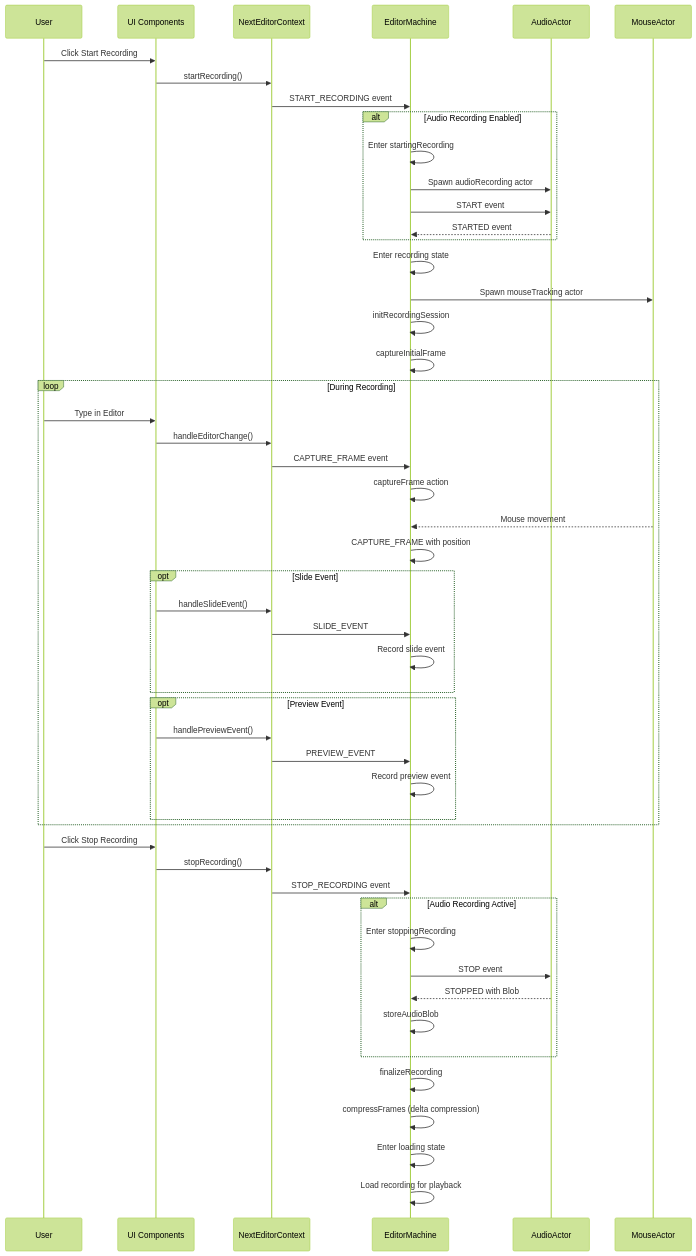
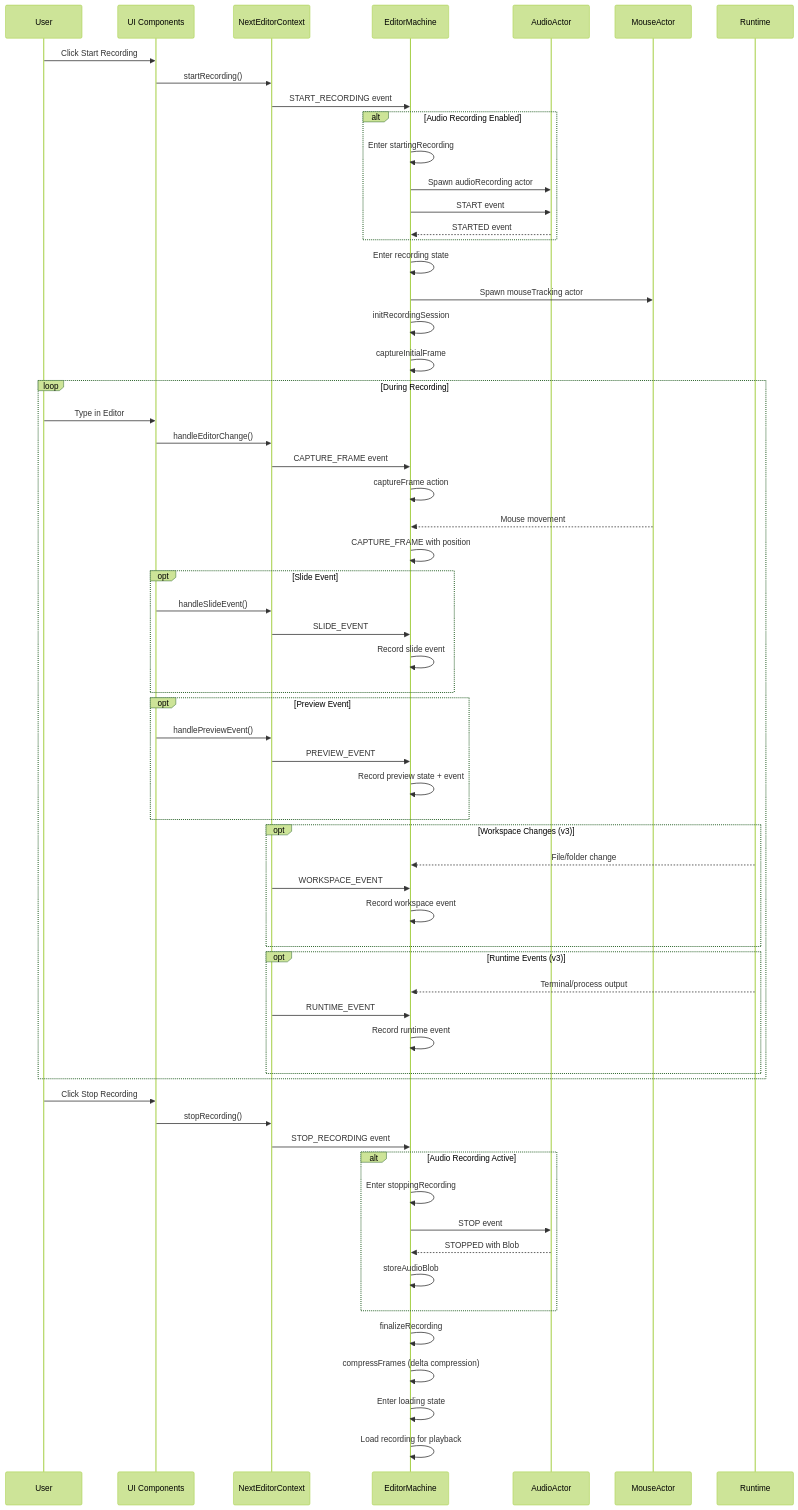
Before and after one commit to channyeintun/next-editor: the second of 6 diagrams in docs/data-flow.md, drawn with Mermaid (forest theme). The commit also changed other lines of this file and 1 other file, not shown here.

Commit message:
Update documentations

````diff
--- a/docs/data-flow.md
+++ b/docs/data-flow.md
@@ -68,63 +68,75 @@
 ```mermaid
 sequenceDiagram
     participant User
     participant UI as UI Components
     participant Context as NextEditorContext
     participant Machine as EditorMachine
     participant Audio as AudioActor
     participant Mouse as MouseActor
 
     User->>UI: Click Start Recording
     UI->>Context: startRecording()
     Context->>Machine: START_RECORDING event
     
     alt Audio Recording Enabled
         Machine->>Machine: Enter startingRecording
         Machine->>Audio: Spawn audioRecording actor
         Machine->>Audio: START event
         Audio-->>Machine: STARTED event
     end
 
     Machine->>Machine: Enter recording state
     Machine->>Mouse: Spawn mouseTracking actor
     Machine->>Machine: initRecordingSession
     Machine->>Machine: captureInitialFrame
 
     loop During Recording
         User->>UI: Type in Editor
         UI->>Context: handleEditorChange()
         Context->>Machine: CAPTURE_FRAME event
         Machine->>Machine: captureFrame action
         
         Mouse-->>Machine: Mouse movement
         Machine->>Machine: CAPTURE_FRAME with position
         
         opt Slide Event
             UI->>Context: handleSlideEvent()
             Context->>Machine: SLIDE_EVENT
             Machine->>Machine: Record slide event
         end
         
         opt Preview Event
             UI->>Context: handlePreviewEvent()
             Context->>Machine: PREVIEW_EVENT
-            Machine->>Machine: Record preview event
+            Machine->>Machine: Record preview state + event
+        end
+        
+        opt Workspace Changes (v3)
+            Runtime-->>Machine: File/folder change
+            Context->>Machine: WORKSPACE_EVENT
+            Machine->>Machine: Record workspace event
+        end
+        
+        opt Runtime Events (v3)
+            Runtime-->>Machine: Terminal/process output
+            Context->>Machine: RUNTIME_EVENT
+            Machine->>Machine: Record runtime event
         end
     end
 
     User->>UI: Click Stop Recording
     UI->>Context: stopRecording()
     Context->>Machine: STOP_RECORDING event
     
     alt Audio Recording Active
         Machine->>Machine: Enter stoppingRecording
         Machine->>Audio: STOP event
         Audio-->>Machine: STOPPED with Blob
         Machine->>Machine: storeAudioBlob
     end
 
     Machine->>Machine: finalizeRecording
     Machine->>Machine: compressFrames (delta compression)
     Machine->>Machine: Enter loading state
     Machine->>Machine: Load recording for playback
 ```
````
